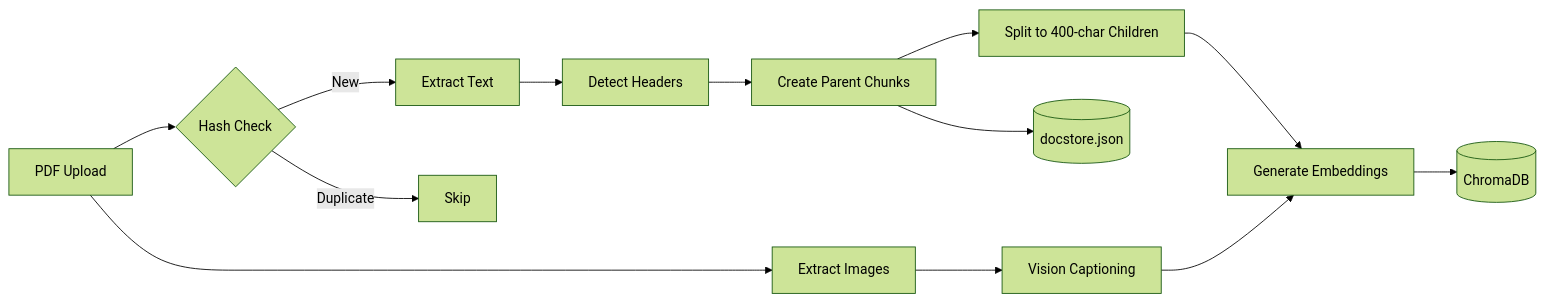
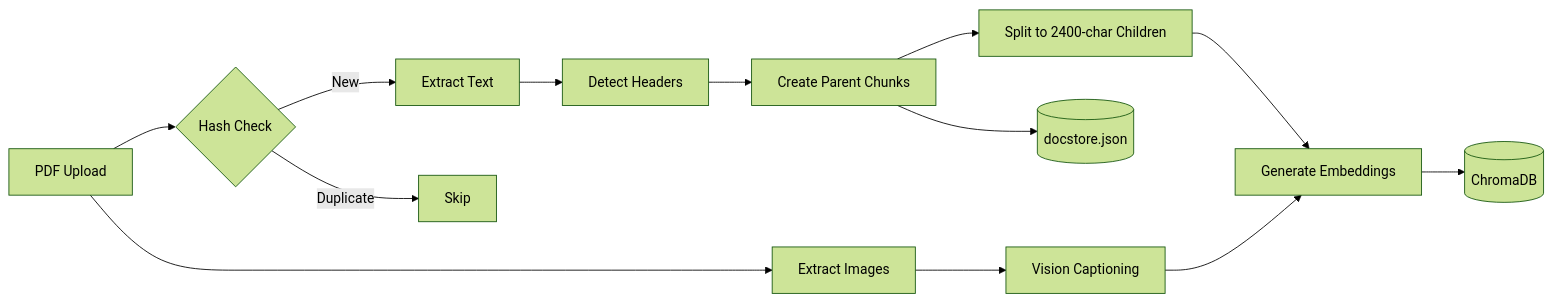
The fifth of 7 diagrams in readme.md (Vixen-77/RAG-implementation), drawn with Mermaid (forest theme) before and after one commit. The commit also changed other lines of this file and 24 other files, not shown here.

````diff
--- a/readme.md
+++ b/readme.md
@@ -144,18 +166,18 @@
 ```mermaid
 flowchart LR
     PDF[PDF Upload] --> HASH{Hash Check}
     HASH -->|New| EXTRACT[Extract Text]
     HASH -->|Duplicate| SKIP[Skip]
 
     EXTRACT --> HEADERS[Detect Headers]
     HEADERS --> PARENT[Create Parent Chunks]
-    PARENT --> CHILD[Split to 400-char Children]
+    PARENT --> CHILD[Split to 2400-char Children]
 
     PDF --> IMG[Extract Images]
     IMG --> VISION[Vision Captioning]
 
     CHILD --> EMBED[Generate Embeddings]
     VISION --> EMBED
     EMBED --> CHROMA[(ChromaDB)]
     PARENT --> JSON[(docstore.json)]
 ```
````
